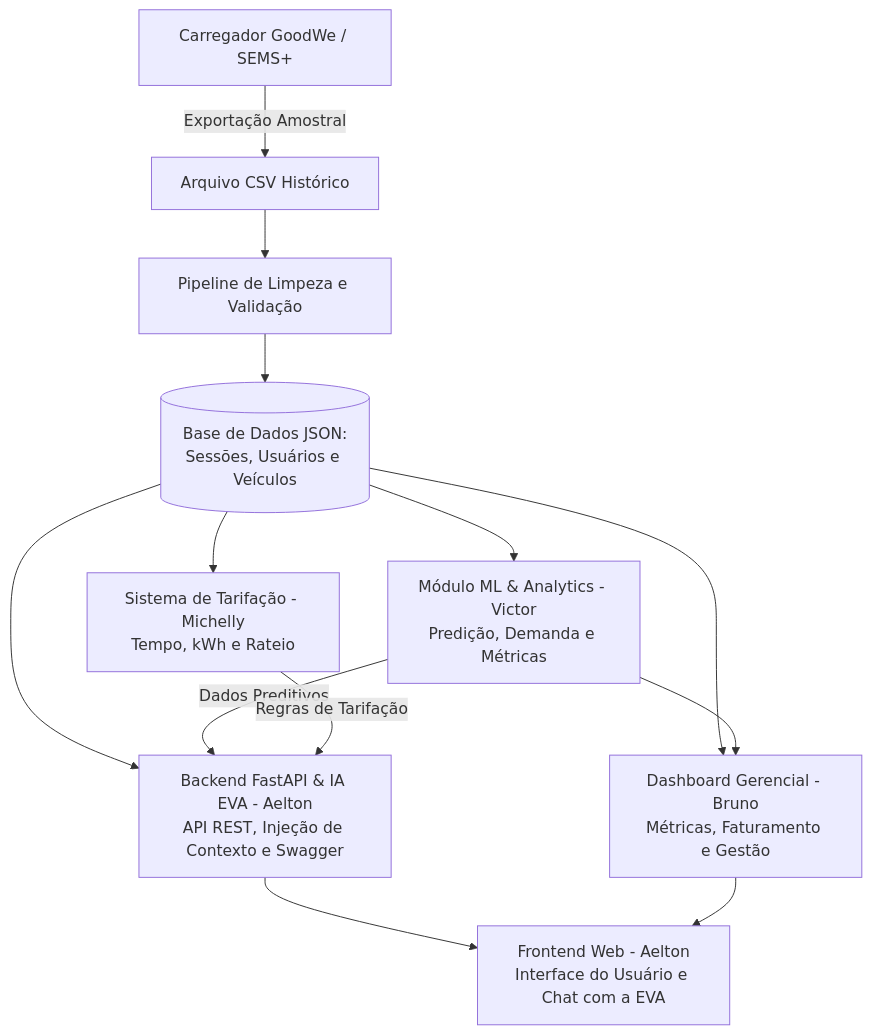
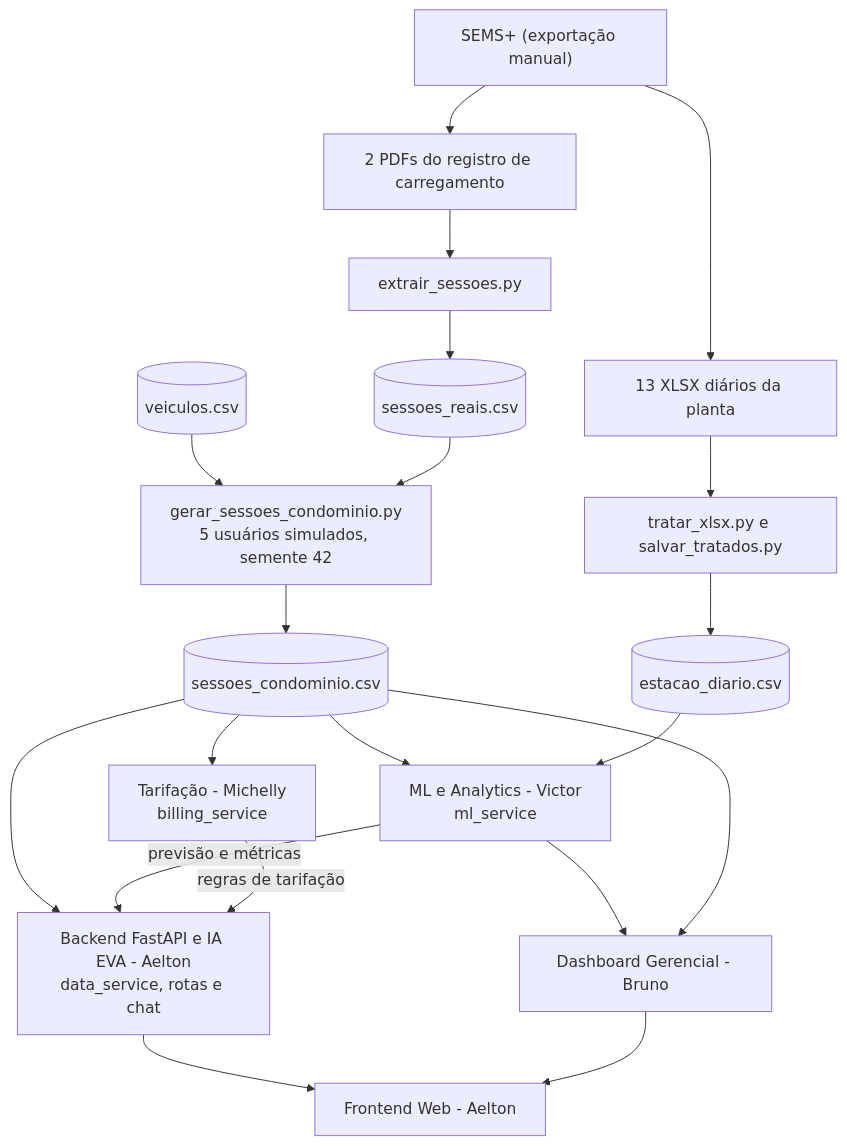
The diagram in docs/Decisões Sprint 2.md (DevLounge-FIAP/EV_ChargeOps), drawn with Mermaid before and after one commit. The commit also changed other lines of this file, not shown here.

Commit message:
docs: atualizar Decisoes Sprint 2 com convencao de consumo e simulador calibrado

````diff
--- a/docs/Decisões Sprint 2.md
+++ b/docs/Decisões Sprint 2.md
@@ -91,19 +100,25 @@
 ```mermaid
 flowchart TD
-    GW[Carregador GoodWe / SEMS+] -->|Exportação Amostral| CSV[Arquivo CSV Histórico]
-    CSV --> CLEAN[Pipeline de Limpeza e Validação]
-    CLEAN --> JSON[(Base de Dados JSON:\nSessões, Usuários e Veículos)]
-
-    JSON --> ML[Módulo ML & Analytics - Victor\nPredição, Demanda e Métricas]
-    JSON --> PAY[Sistema de Tarifação - Michelly\nTempo, kWh e Rateio]
-
-    JSON --> BACK[Backend FastAPI & IA EVA - Aelton\nAPI REST, Injeção de Contexto e Swagger]
-    ML -->|Dados Preditivos| BACK
-    PAY -->|Regras de Tarifação| BACK
-
-    JSON --> DASH[Dashboard Gerencial - Bruno\nMétricas, Faturamento e Gestão]
-    ML --> DASH
-
-    BACK --> FRONT[Frontend Web - Aelton\nInterface do Usuário e Chat com a EVA]
+    SEMS["SEMS+ (exportação manual)"] --> XLSX["13 XLSX diários da planta"]
+    SEMS --> PDF["2 PDFs do registro de carregamento"]
+    XLSX --> P1["tratar_xlsx.py e salvar_tratados.py"]
+    PDF --> P2["extrair_sessoes.py"]
+    P1 --> EST[("estacao_diario.csv")]
+    P2 --> REAIS[("sessoes_reais.csv")]
+    CAT[("veiculos.csv")] --> GER
+    REAIS --> GER["gerar_sessoes_condominio.py<br/>5 usuários simulados, semente 42"]
+    GER --> SESS[("sessoes_condominio.csv")]
+ 
+    SESS --> BACK["Backend FastAPI e IA EVA - Aelton<br/>data_service, rotas e chat"]
+    SESS --> PAY["Tarifação - Michelly<br/>billing_service"]
+    SESS --> ML["ML e Analytics - Victor<br/>ml_service"]
+    EST --> ML
+ 
+    ML -->|"previsão e métricas"| BACK
+    PAY -->|"regras de tarifação"| BACK
+    ML --> DASH["Dashboard Gerencial - Bruno"]
+    SESS --> DASH
+ 
+    BACK --> FRONT["Frontend Web - Aelton"]
     DASH --> FRONT
 ```
````
